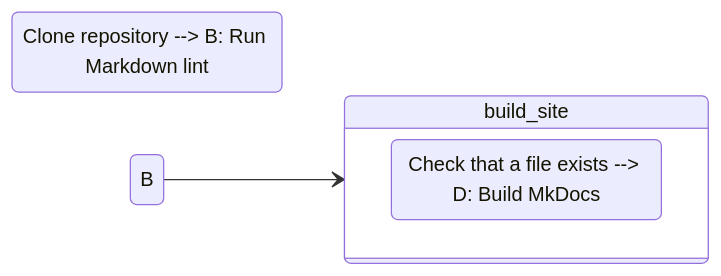
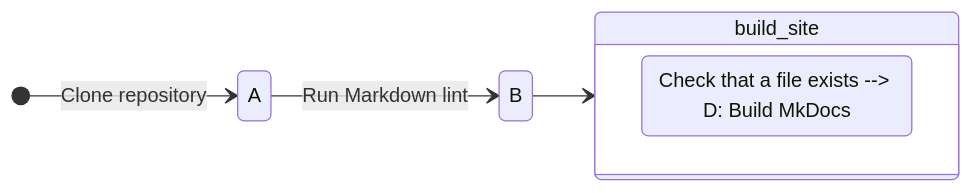
Before and after one commit to DevOpsJeremy/DevOpsJeremy.github.io: the diagram in docs/blog/posts/CI showdown.md, drawn with Mermaid.

Commit message:
Update CI showdown.md

````diff
--- a/docs/blog/posts/CI showdown.md
+++ b/docs/blog/posts/CI showdown.md
@@ -175,10 +175,11 @@
 ``` mermaid
 stateDiagram-v2
   direction LR
-  A: Clone repository --> B: Run Markdown lint
+  [*] --> A: Clone repository
+  A --> B: Run Markdown lint
   B --> build_site
   state build_site {
     direction LR
     C: Check that a file exists --> D: Build MkDocs
   }
 ```
````
